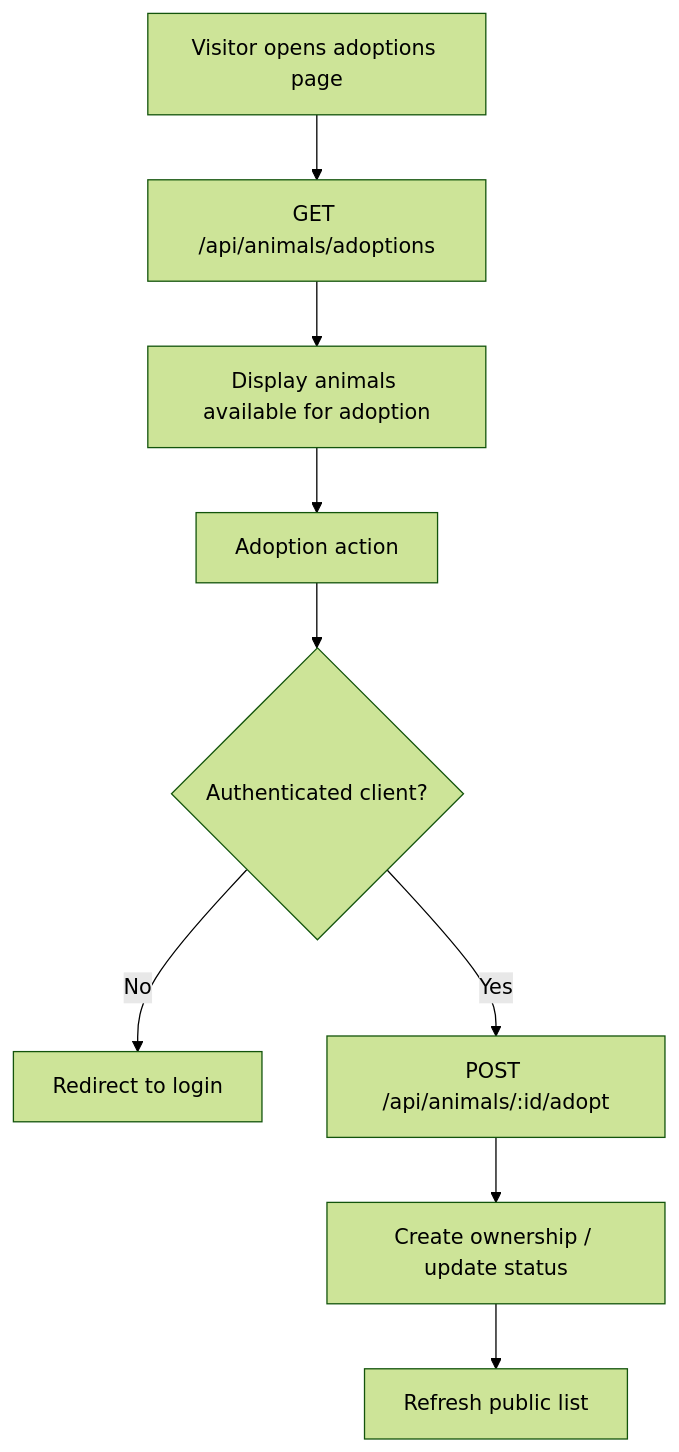
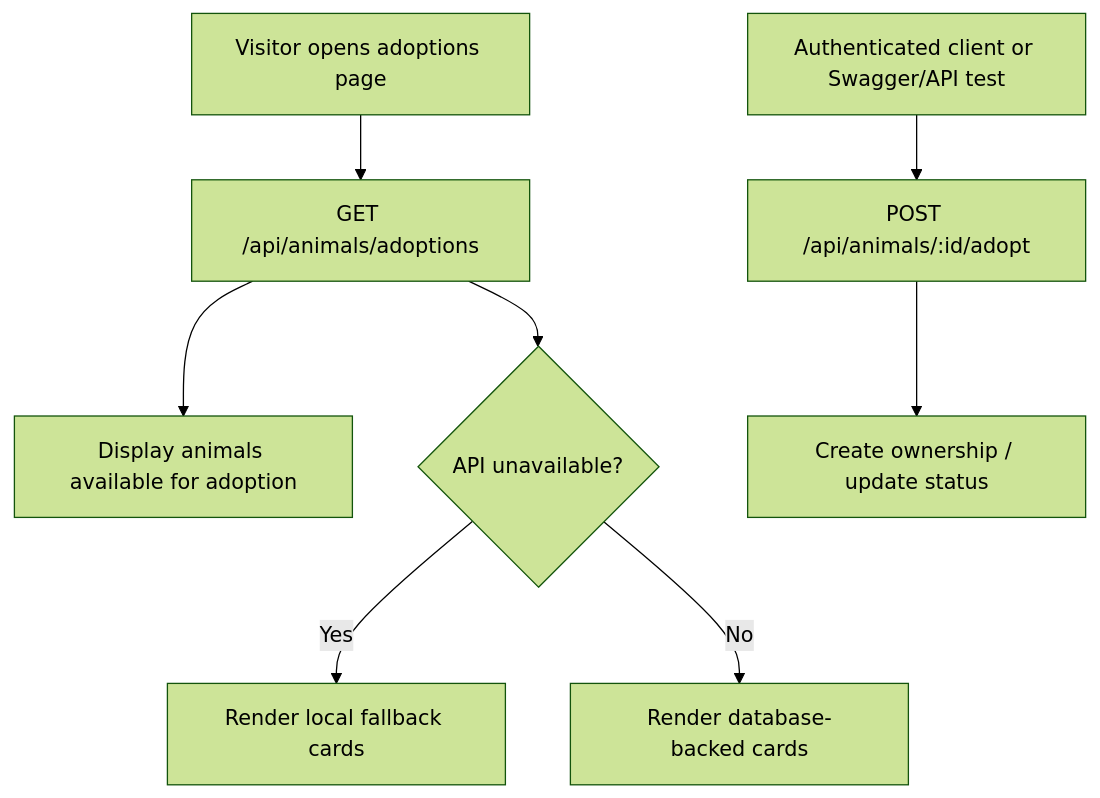
Before and after one commit to bulletproof20/MiaCaoMigo_Engineering: the fourth of 5 diagrams in 05_Docs/01_Academic_Reports/Application_Report.md, drawn with Mermaid (forest theme). The commit also changed other lines of this file and 4 other files, not shown here.

````diff
--- a/05_Docs/01_Academic_Reports/Application_Report.md
+++ b/05_Docs/01_Academic_Reports/Application_Report.md
@@ -135,11 +135,10 @@
 ```mermaid
 flowchart TD
     visitor["Visitor opens adoptions page"] --> list["GET /api/animals/adoptions"]
     list --> cards["Display animals available for adoption"]
-    cards --> adopt["Adoption action"]
-    adopt --> auth{"Authenticated client?"}
-    auth -->|"No"| redirect["Redirect to login"]
-    auth -->|"Yes"| adoptApi["POST /api/animals/:id/adopt"]
+    list --> fallback{"API unavailable?"}
+    fallback -->|"Yes"| mock["Render local fallback cards"]
+    fallback -->|"No"| apiCards["Render database-backed cards"]
+    client["Authenticated client or Swagger/API test"] --> adoptApi["POST /api/animals/:id/adopt"]
     adoptApi --> ownership["Create ownership / update status"]
-    ownership --> refreshList["Refresh public list"]
 ```
````
